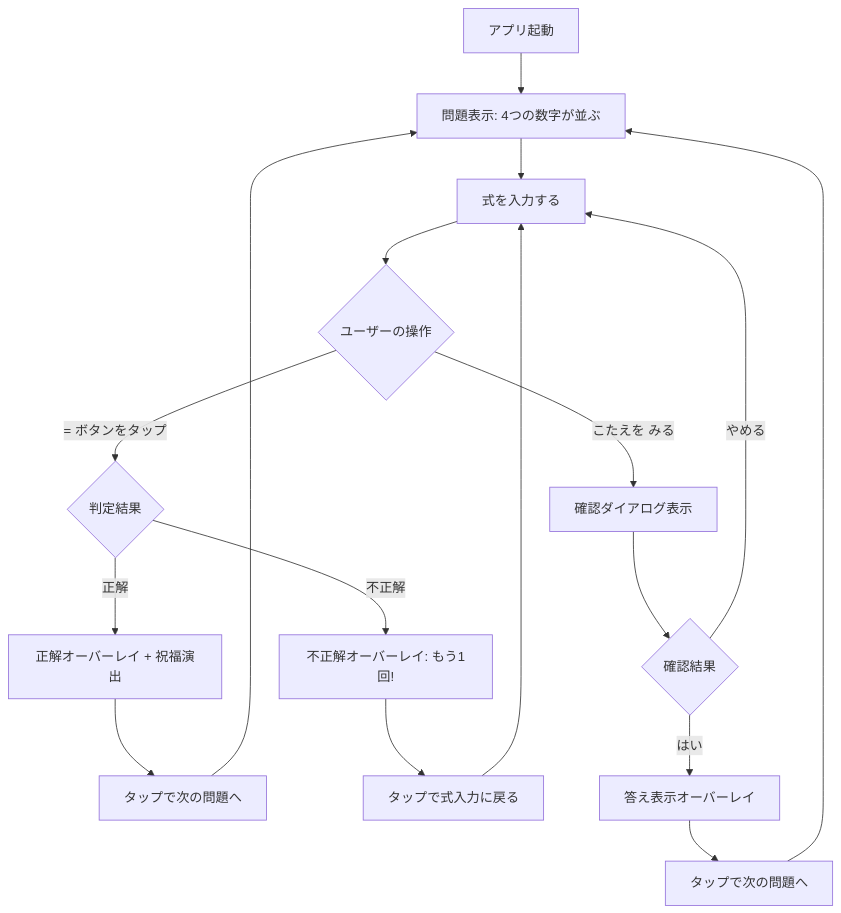
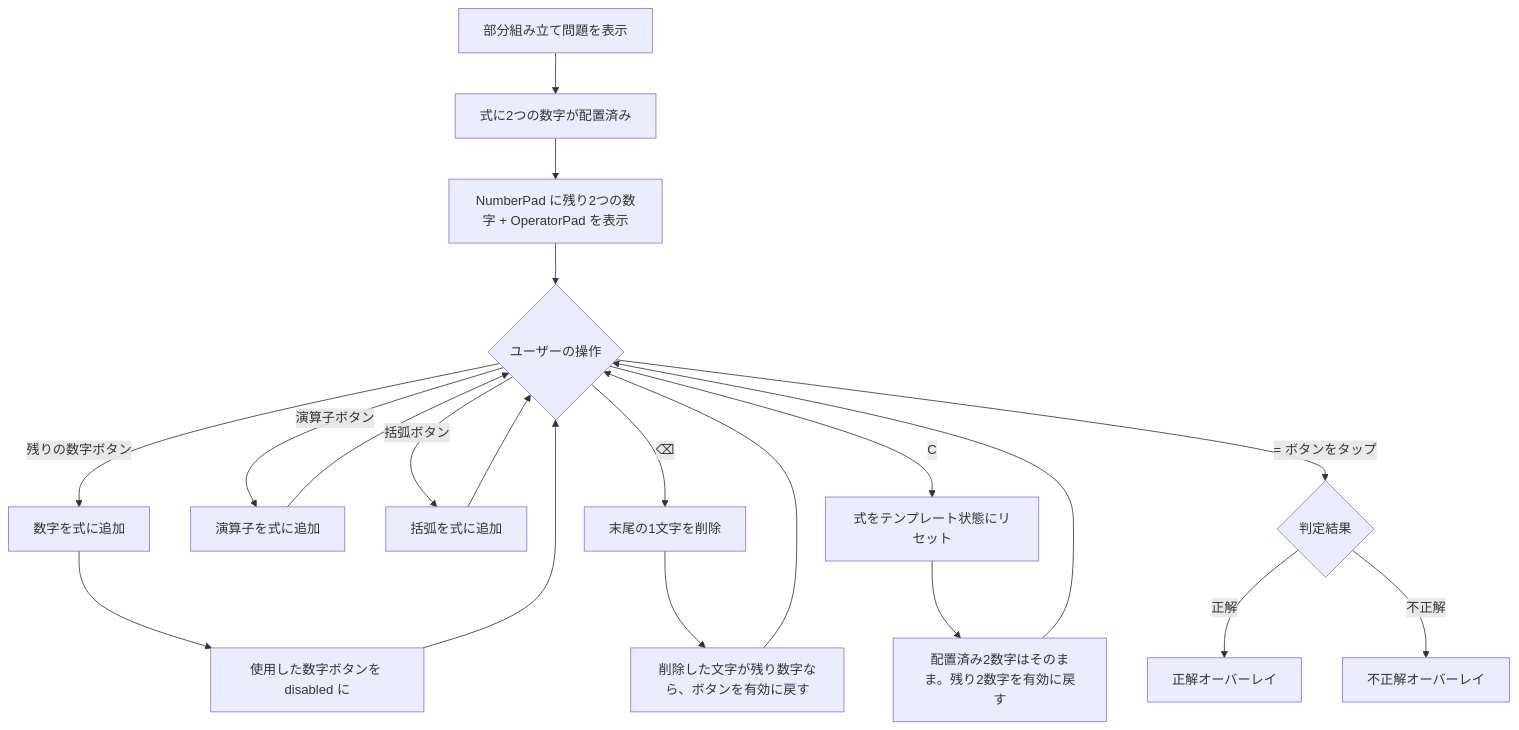
Before and after one commit to kaionn/make-10-pwa: the third of 8 diagrams in docs/plan/ux-design.md, drawn with Mermaid. The commit also changed other lines of this file and 13 other files, not shown here.

````diff
--- a/docs/plan/ux-design.md
+++ b/docs/plan/ux-design.md
@@ -46,19 +124,22 @@
 ```mermaid
 flowchart TD
-    A[アプリ起動] --> B[問題表示: 4つの数字が並ぶ]
-    B --> C[式を入力する]
+    A[部分組み立て問題を表示] --> B[式に2つの数字が配置済み]
+    B --> C[NumberPad に残り2つの数字 + OperatorPad を表示]
     C --> D{ユーザーの操作}
-    D -->|= ボタンをタップ| E{判定結果}
-    D -->|こたえを みる| K[確認ダイアログ表示]
-    E -->|正解| F[正解オーバーレイ + 祝福演出]
-    E -->|不正解| G[不正解オーバーレイ: もう1回!]
-    F --> H[タップで次の問題へ]
-    H --> B
-    G --> I[タップで式入力に戻る]
-    I --> C
-    K --> L{確認結果}
-    L -->|はい| M[答え表示オーバーレイ]
-    L -->|やめる| C
-    M --> N[タップで次の問題へ]
-    N --> B
+    D -->|残りの数字ボタン| E[数字を式に追加]
+    D -->|演算子ボタン| F[演算子を式に追加]
+    D -->|括弧ボタン| G[括弧を式に追加]
+    D -->|⌫| H[末尾の1文字を削除]
+    D -->|C| I[式をテンプレート状態にリセット]
+    E --> J[使用した数字ボタンを disabled に]
+    J --> D
+    F --> D
+    G --> D
+    H --> K[削除した文字が残り数字なら、ボタンを有効に戻す]
+    K --> D
+    I --> L[配置済み2数字はそのまま。残り2数字を有効に戻す]
+    L --> D
+    D -->|= ボタンをタップ| M{判定結果}
+    M -->|正解| N[正解オーバーレイ]
+    M -->|不正解| O[不正解オーバーレイ]
 ```
````
